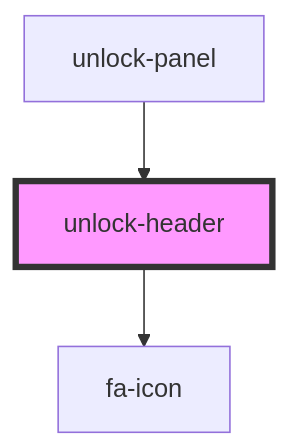
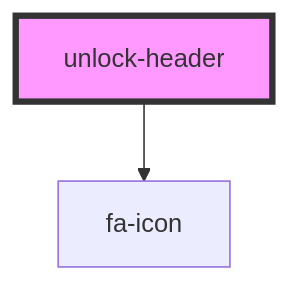
The diagram in src/components/visual/unlock-panel/components/header/readme.md (multiversx/mx-sdk-dapp-ui), drawn with Mermaid before and after one commit. The commit also changed other lines of this file and 19 other files, not shown here.

````diff
--- a/src/components/visual/unlock-panel/components/header/readme.md
+++ b/src/components/visual/unlock-panel/components/header/readme.md
@@ -36,6 +32,5 @@
 ```mermaid
 graph TD;
   unlock-header --> fa-icon
-  unlock-panel --> unlock-header
   style unlock-header fill:#f9f,stroke:#333,stroke-width:4px
 ```
````
